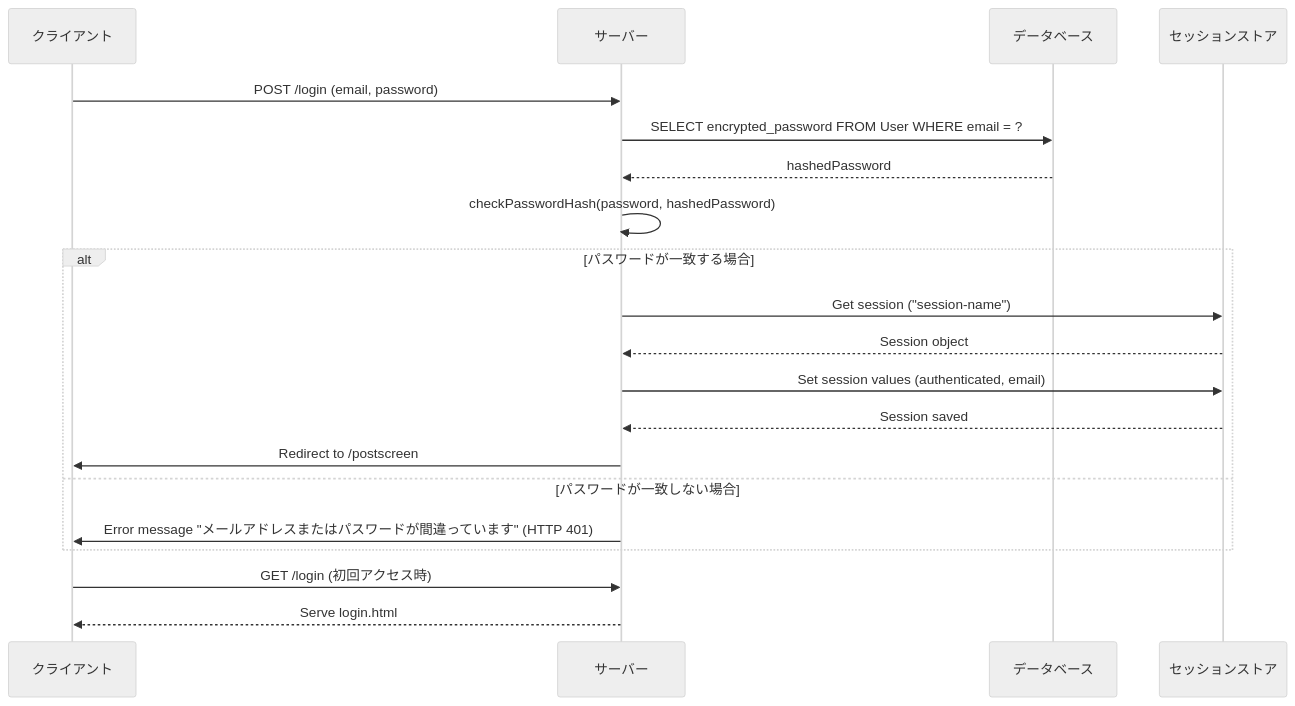
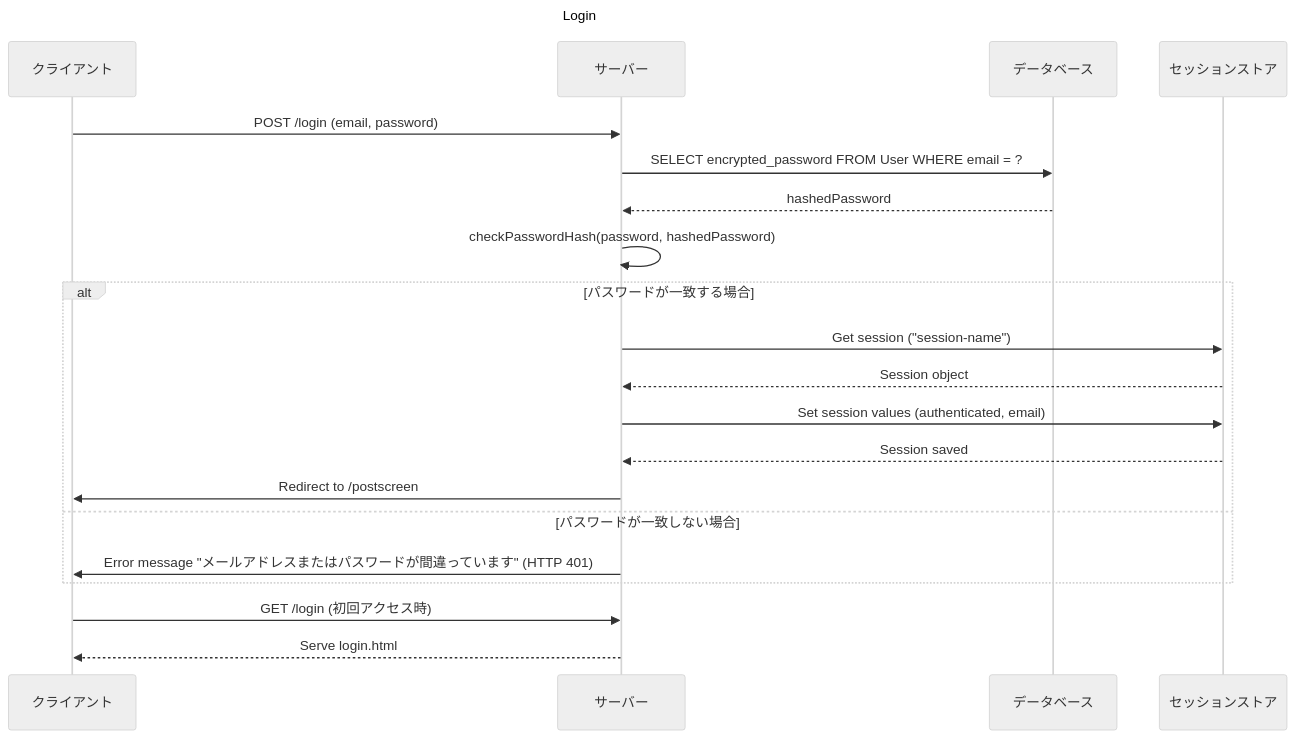
Before and after one commit to bechibechimaru/Pakupaku: the fifth of 7 diagrams in シーケンス.md, drawn with Mermaid (neutral theme).

Commit message:
シーケンス図の変更

````diff
--- a/シーケンス.md
+++ b/シーケンス.md
@@ -78,23 +78,24 @@
 ```mermaid
     sequenceDiagram
+    title Login
     participant Client as クライアント
     participant Server as サーバー
     participant DB as データベース
     participant Session as セッションストア
 
     Client->>Server: POST /login (email, password)
     Server->>DB: SELECT encrypted_password FROM User WHERE email = ?
     DB-->>Server: hashedPassword
     Server->>Server: checkPasswordHash(password, hashedPassword)
     alt パスワードが一致する場合
         Server->>Session: Get session ("session-name")
         Session-->>Server: Session object
         Server->>Session: Set session values (authenticated, email)
         Session-->>Server: Session saved
         Server->>Client: Redirect to /postscreen
     else パスワードが一致しない場合
         Server->>Client: Error message "メールアドレスまたはパスワードが間違っています" (HTTP 401)
     end
     Client->>Server: GET /login (初回アクセス時)
     Server-->>Client: Serve login.html
 ```
````
